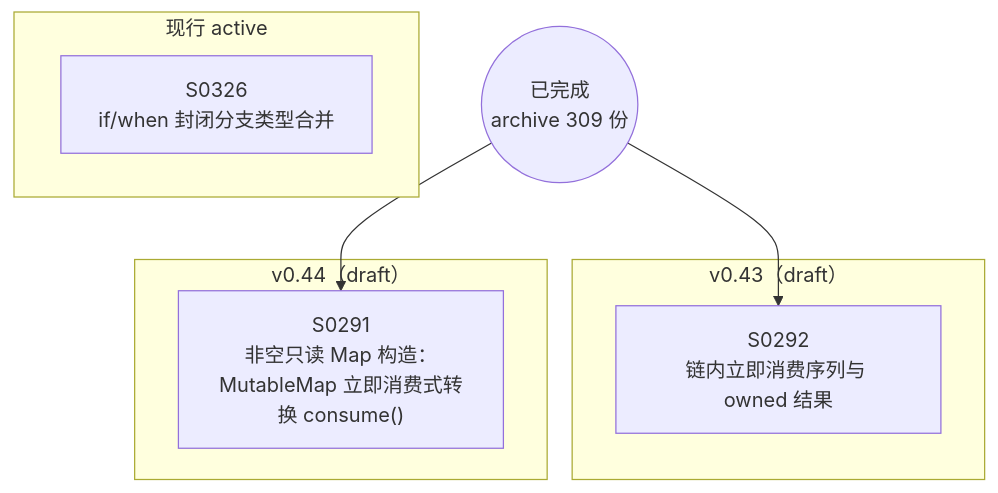
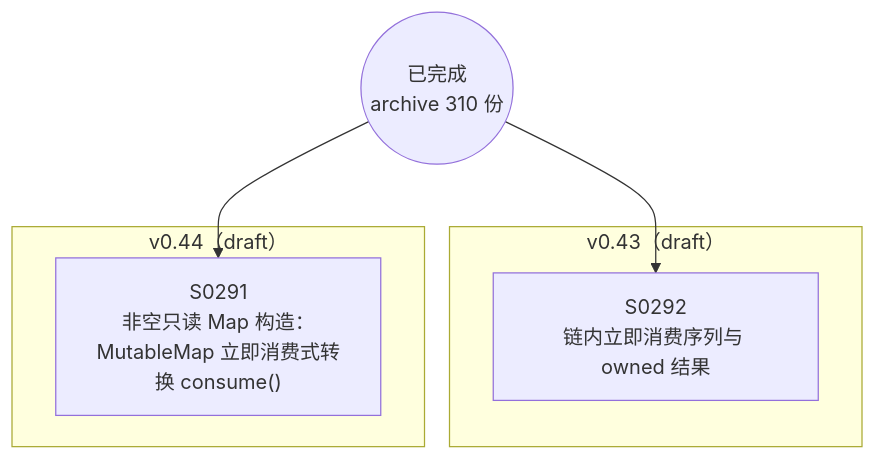
Before and after one commit to Halckon/Koven: the diagram in docs/specs/dependency-graph.md, drawn with Mermaid. The commit also changed other lines of this file and 9 other files, not shown here.

````diff
--- a/docs/specs/dependency-graph.md
+++ b/docs/specs/dependency-graph.md
@@ -9,15 +9,12 @@
 ```mermaid
 flowchart TD
-ARCH(("已完成<br/>archive 309 份"))
-subgraph Gactive["现行 active"]
-  S0326["S0326<br/>if/when 封闭分支类型合并"]
-end
+ARCH(("已完成<br/>archive 310 份"))
 subgraph Gdrafts_v043["v0.43（draft）"]
   S0292["S0292<br/>链内立即消费序列与 owned 结果"]
 end
 subgraph Gdrafts_v044["v0.44（draft）"]
   S0291["S0291<br/>非空只读 Map 构造：MutableMap 立即消费式转换 consume()"]
 end
 ARCH --> S0291
 ARCH --> S0292
 ```
````
